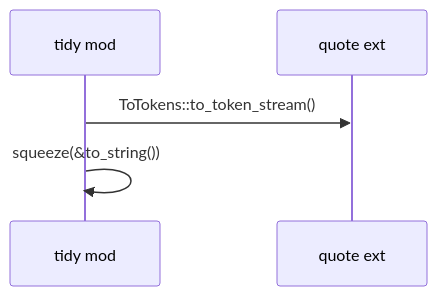
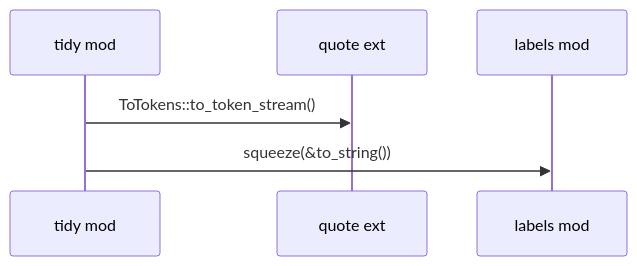
The second of 2 diagrams in docs/sealmap/crates/sealmap-rust/src/tidy.rs.md (DreamLab-AI/codemaid), drawn with Mermaid before and after one commit. The commit also changed other lines of this file and 37 other files, not shown here.

First line of the commit message:
frontend: extract sealmap-frontend from sealmap-rust

````diff
--- a/docs/sealmap/crates/sealmap-rust/src/tidy.rs.md
+++ b/docs/sealmap/crates/sealmap-rust/src/tidy.rs.md
@@ -34,7 +30,8 @@
 ```mermaid
 sequenceDiagram
   participant sealmap_rust__tidy as tidy mod
   participant quote as quote ext
+  participant sealmap_frontend__labels as labels mod
   sealmap_rust__tidy->>quote: ToTokens::to_token_stream()
-  sealmap_rust__tidy->>sealmap_rust__tidy: squeeze(&to_string())
+  sealmap_rust__tidy->>sealmap_frontend__labels: squeeze(&to_string())
 ```
````
